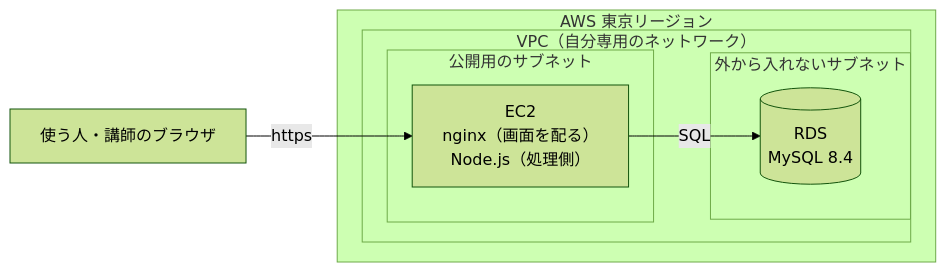
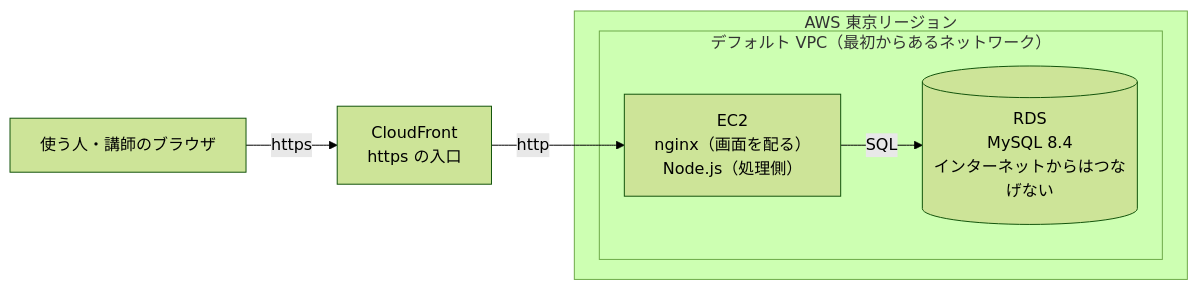
The first of 2 diagrams in docs/03_手順書/05_AWSとTerraformの基礎知識.md (junji-sakamoto/kakeibo-app), drawn with Mermaid (forest theme) before and after one commit. The commit also changed other lines of this file and 8 other files, not shown here.

First line of the commit message:
AWS の構成を軽くする：デフォルト VPC・パスワードは SSM・ディスク 8GB・必要なときだけ作る (#13)

````diff
--- a/docs/03_手順書/05_AWSとTerraformの基礎知識.md
+++ b/docs/03_手順書/05_AWSとTerraformの基礎知識.md
@@ -73,17 +73,14 @@
 ```mermaid
 flowchart LR
-  user["使う人・講師のブラウザ"] -->|"https"| ec2
+  user["使う人・講師のブラウザ"] -->|"https"| cf["CloudFront<br/>https の入口"]
+  cf -->|"http"| ec2
 
   subgraph aws["AWS 東京リージョン"]
-    subgraph vpc["VPC（自分専用のネットワーク）"]
-      subgraph pub["公開用のサブネット"]
-        ec2["EC2<br/>nginx（画面を配る）<br/>Node.js（処理側）"]
-      end
-      subgraph priv["外から入れないサブネット"]
-        rds[("RDS<br/>MySQL 8.4")]
-      end
+    subgraph vpc["デフォルト VPC（最初からあるネットワーク）"]
+      ec2["EC2<br/>nginx（画面を配る）<br/>Node.js（処理側）"]
+      rds[("RDS<br/>MySQL 8.4<br/>インターネットからはつなげない")]
     end
   end
 
   ec2 -->|"SQL"| rds
 ```
````
